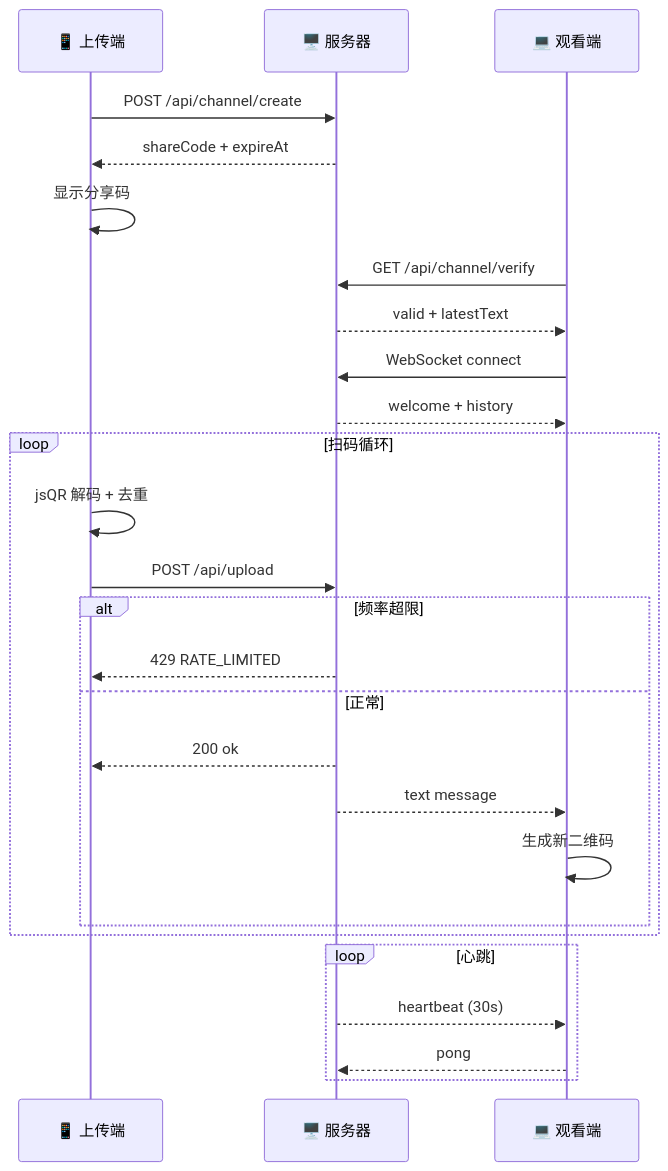
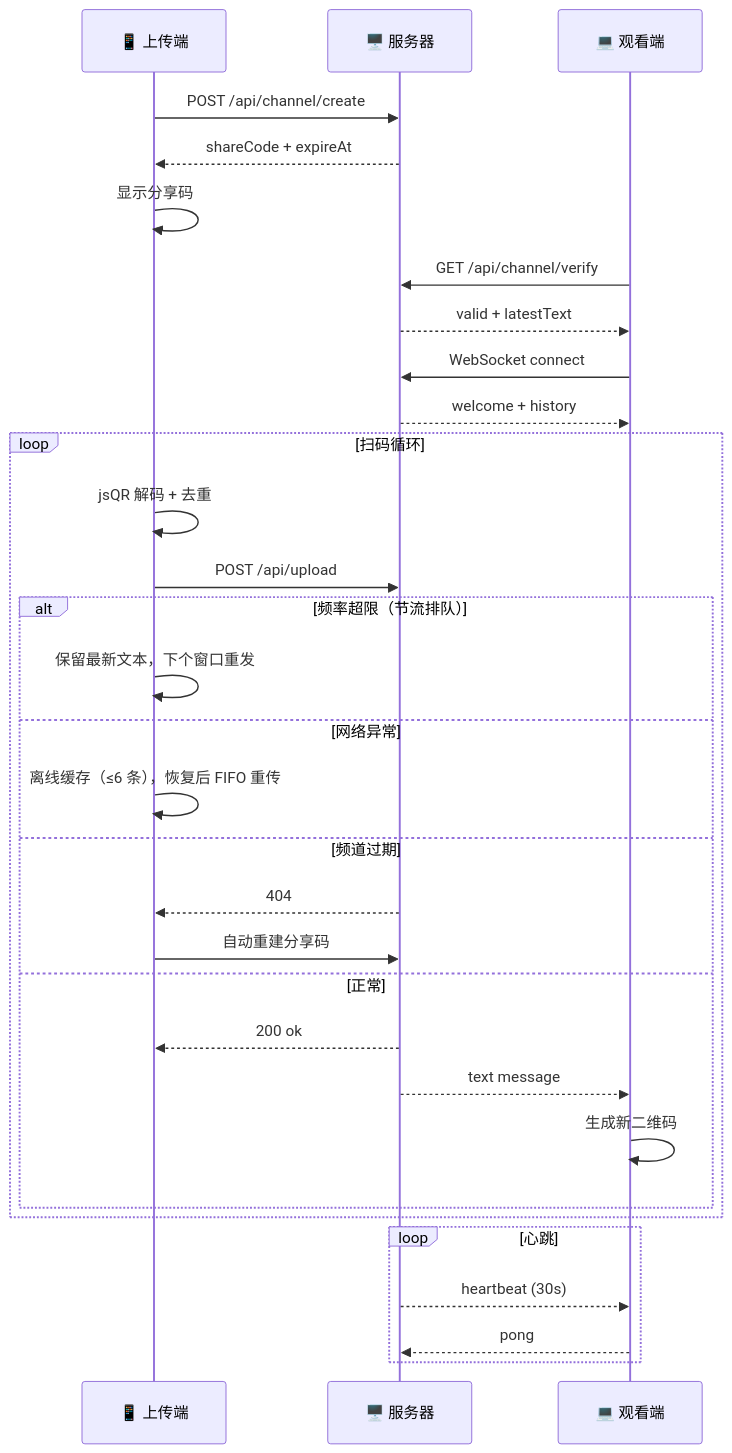
The second of 2 diagrams in README.md (Dynesshely/Live-QR), drawn with Mermaid before and after one commit. The commit also changed other lines of this file, not shown here.

````diff
--- a/README.md
+++ b/README.md
@@ -28,33 +28,38 @@
 ```mermaid
 sequenceDiagram
     participant App as 📱 上传端
     participant Svr as 🖥️ 服务器
     participant Web as 💻 观看端
 
     App->>Svr: POST /api/channel/create
     Svr-->>App: shareCode + expireAt
     App->>App: 显示分享码
 
     Web->>Svr: GET /api/channel/verify
     Svr-->>Web: valid + latestText
 
     Web->>Svr: WebSocket connect
     Svr-->>Web: welcome + history
 
     loop 扫码循环
         App->>App: jsQR 解码 + 去重
         App->>Svr: POST /api/upload
-        alt 频率超限
-            Svr-->>App: 429 RATE_LIMITED
+        alt 频率超限（节流排队）
+            App->>App: 保留最新文本，下个窗口重发
+        else 网络异常
+            App->>App: 离线缓存（≤6 条），恢复后 FIFO 重传
+        else 频道过期
+            Svr-->>App: 404
+            App->>Svr: 自动重建分享码
         else 正常
             Svr-->>App: 200 ok
             Svr-->>Web: text message
             Web->>Web: 生成新二维码
         end
     end
 
     loop 心跳
         Svr-->>Web: heartbeat (30s)
         Web-->>Svr: pong
     end
 ```
````
